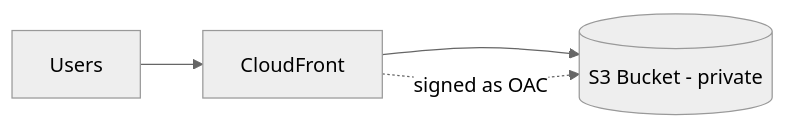
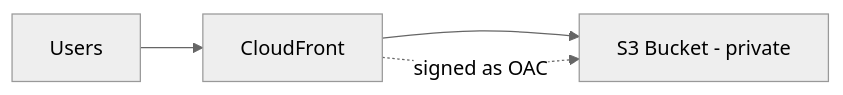
The diagram in aws-saa/week03-domain03-high-performing-architectures/day05/01-theory.md (niceguy61/aws-saa-lecture-2026), drawn with Mermaid (neutral theme) before and after one commit. The commit also changed other lines of this file and 11 other files, not shown here.

Commit message:
Harden mermaid diagrams for GitHub rendering

````diff
--- a/aws-saa/week03-domain03-high-performing-architectures/day05/01-theory.md
+++ b/aws-saa/week03-domain03-high-performing-architectures/day05/01-theory.md
@@ -32,6 +32,6 @@
 ```mermaid
 flowchart LR
   U[Users] --> CF[CloudFront]
-  CF --> S3[(S3 Bucket - private)]
+  CF --> S3[S3 Bucket - private]
   CF -. signed as OAC .-> S3
 ```
````
